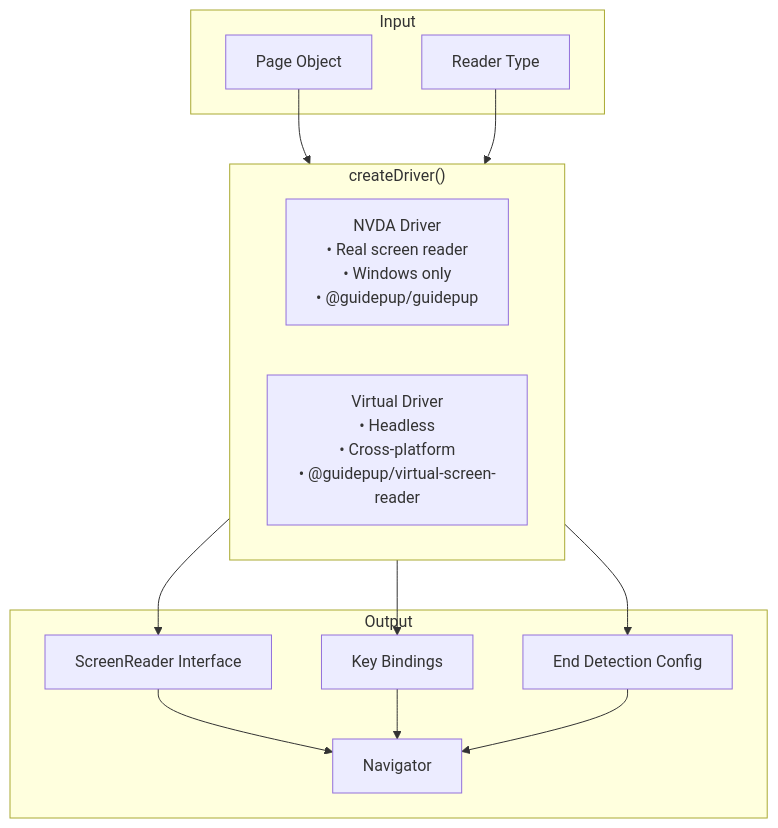
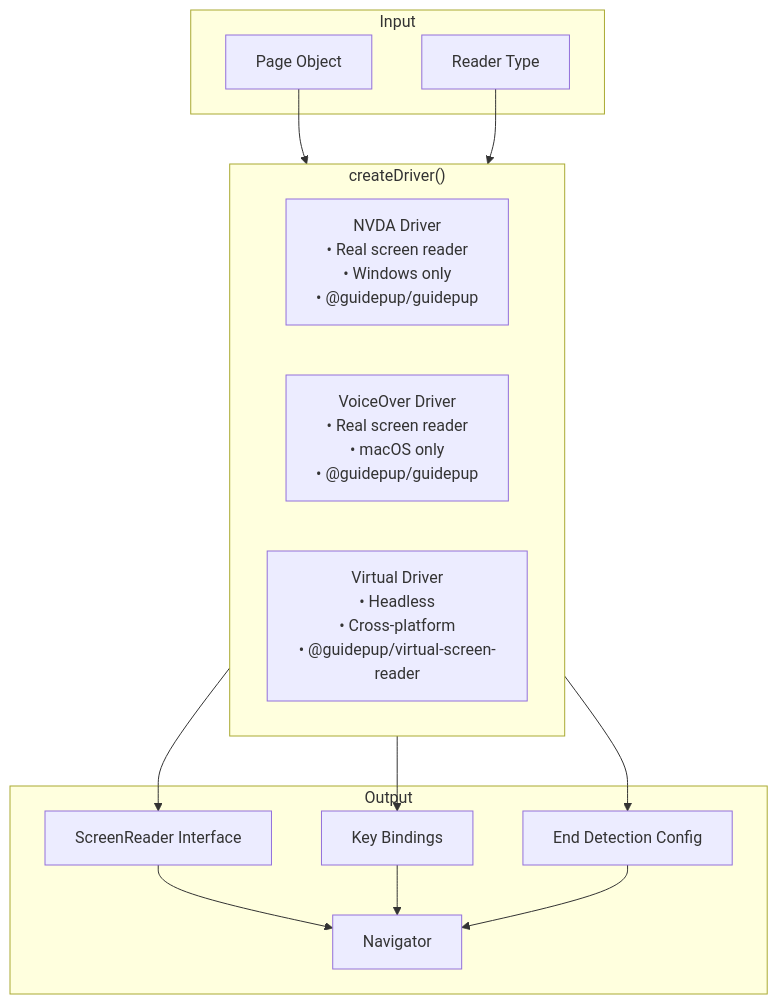
One commit to Chitova263/accessibility-audit changed the fifth of 12 diagrams in WIKI.md. Above: the diagram before and after it, drawn with Mermaid. The commit also changed other lines of this file and 57 other files, not shown here.

Commit message:
Adapt rules to support macOS VoiceOver

````diff
--- a/WIKI.md
+++ b/WIKI.md
@@ -182,28 +184,29 @@
 ```mermaid
 flowchart TB
     subgraph Input
         PAGE["Page Object"]
         TYPE["Reader Type"]
     end
 
     subgraph DriverFactory["createDriver()"]
         NVDA["NVDA Driver<br/>• Real screen reader<br/>• Windows only<br/>• @guidepup/guidepup"]
+        VOICEOVER["VoiceOver Driver<br/>• Real screen reader<br/>• macOS only<br/>• @guidepup/guidepup"]
         VIRTUAL["Virtual Driver<br/>• Headless<br/>• Cross-platform<br/>• @guidepup/virtual-screen-reader"]
     end
 
     subgraph Output
         READER["ScreenReader Interface"]
         KEYS["Key Bindings"]
         END["End Detection Config"]
         NAV["Navigator"]
     end
 
     PAGE --> DriverFactory
     TYPE --> DriverFactory
     DriverFactory --> READER
     DriverFactory --> KEYS
     DriverFactory --> END
     READER --> NAV
     KEYS --> NAV
     END --> NAV
 ```
````
